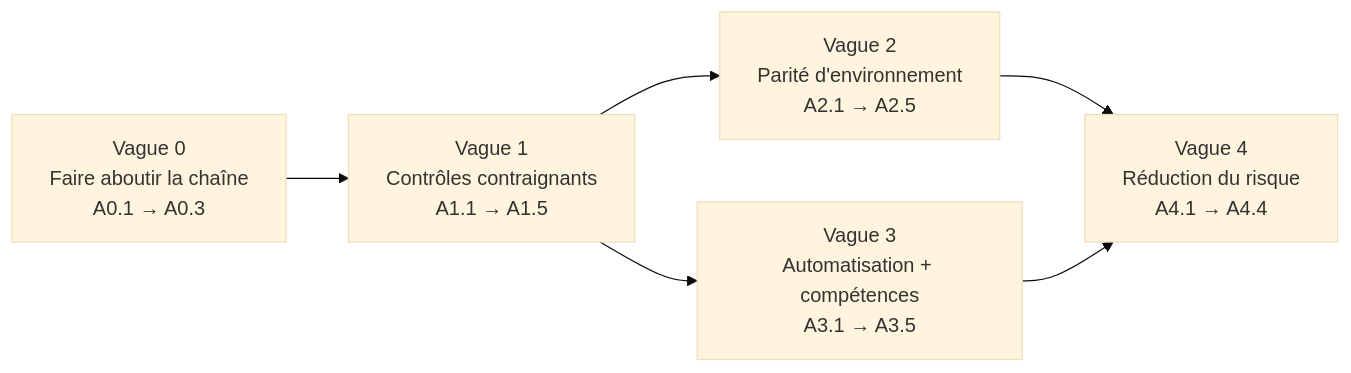
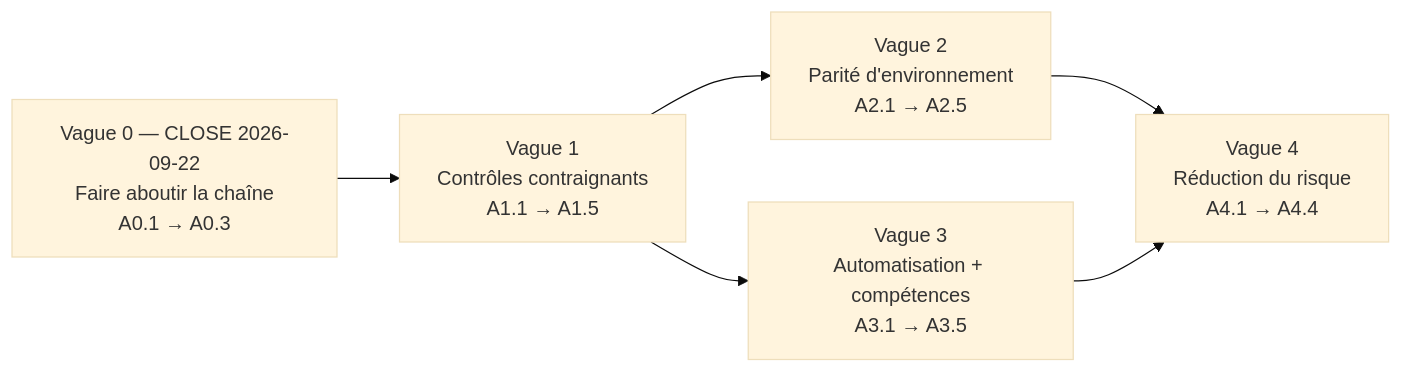
One commit to TedPasquiet/G-rez-le-cycle-de-vie-de-d-veloppement-logiciel changed the third of 3 diagrams in docs/plan-optimisation-release.md. Above: the diagram before and after it, drawn with Mermaid (base theme). The commit also changed other lines of this file and 9 other files, not shown here.

````diff
--- a/docs/plan-optimisation-release.md
+++ b/docs/plan-optimisation-release.md
@@ -307,8 +347,8 @@
 ```mermaid
 flowchart LR
-    V0["Vague 0<br/>Faire aboutir la chaîne<br/>A0.1 → A0.3"] --> V1["Vague 1<br/>Contrôles contraignants<br/>A1.1 → A1.5"]
+    V0["Vague 0 — CLOSE 2026-09-22<br/>Faire aboutir la chaîne<br/>A0.1 → A0.3"] --> V1["Vague 1<br/>Contrôles contraignants<br/>A1.1 → A1.5"]
     V1 --> V2["Vague 2<br/>Parité d'environnement<br/>A2.1 → A2.5"]
     V1 --> V3["Vague 3<br/>Automatisation + compétences<br/>A3.1 → A3.5"]
     V2 --> V4["Vague 4<br/>Réduction du risque<br/>A4.1 → A4.4"]
     V3 --> V4
 ```
````
